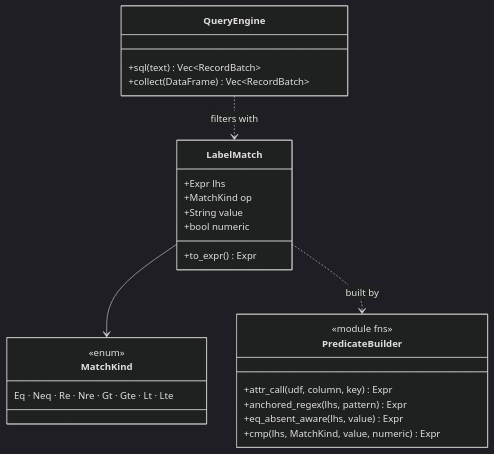
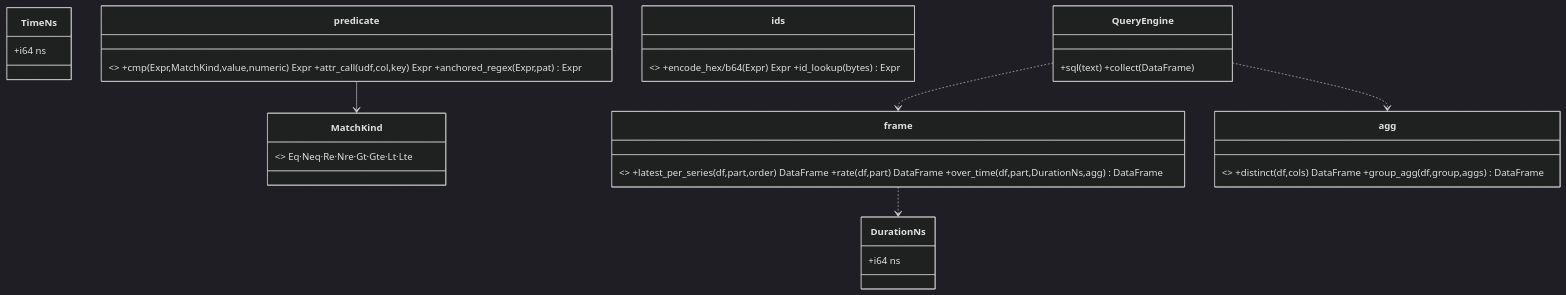
Before and after one commit to cboudereau/sol: the diagram in docs/workspace/expr-lowering/TASKS.md, drawn with Mermaid (dark theme). The commit also changed other lines of this file and 8 other files, not shown here.

First line of the commit message:
docs(expr-lowering): re-plan for full SQL migration + canonical-ns units

````diff
--- a/docs/workspace/expr-lowering/TASKS.md
+++ b/docs/workspace/expr-lowering/TASKS.md
@@ -34,28 +38,15 @@
 ```mermaid
 classDiagram
-    class MatchKind {
-        <<enum>>
-        Eq · Neq · Re · Nre · Gt · Gte · Lt · Lte
-    }
-    class LabelMatch {
-        +Expr lhs
-        +MatchKind op
-        +String value
-        +bool numeric
-        +to_expr() Expr
-    }
-    class PredicateBuilder {
-        <<module fns>>
-        +attr_call(udf, column, key) Expr
-        +anchored_regex(lhs, pattern) Expr
-        +eq_absent_aware(lhs, value) Expr
-        +cmp(lhs, MatchKind, value, numeric) Expr
-    }
-    class QueryEngine {
-        +sql(text) Vec~RecordBatch~
-        +collect(DataFrame) Vec~RecordBatch~
-    }
-    LabelMatch --> MatchKind
-    LabelMatch ..> PredicateBuilder : built by
-    QueryEngine ..> LabelMatch : filters with
+    class TimeNs { +i64 ns }
+    class DurationNs { +i64 ns }
+    class MatchKind { <<enum>> Eq·Neq·Re·Nre·Gt·Gte·Lt·Lte }
+    class predicate { <<mod>> +cmp(Expr,MatchKind,value,numeric) Expr +attr_call(udf,col,key) Expr +anchored_regex(Expr,pat) Expr }
+    class frame { <<mod>> +latest_per_series(df,part,order) DataFrame +rate(df,part) DataFrame +over_time(df,part,DurationNs,agg) DataFrame }
+    class agg { <<mod>> +distinct(df,cols) DataFrame +group_agg(df,group,aggs) DataFrame }
+    class ids { <<mod>> +encode_hex/b64(Expr) Expr +id_lookup(bytes) Expr }
+    class QueryEngine { +sql(text) +collect(DataFrame) }
+    predicate --> MatchKind
+    frame ..> DurationNs
+    QueryEngine ..> frame
+    QueryEngine ..> agg
 ```
````
